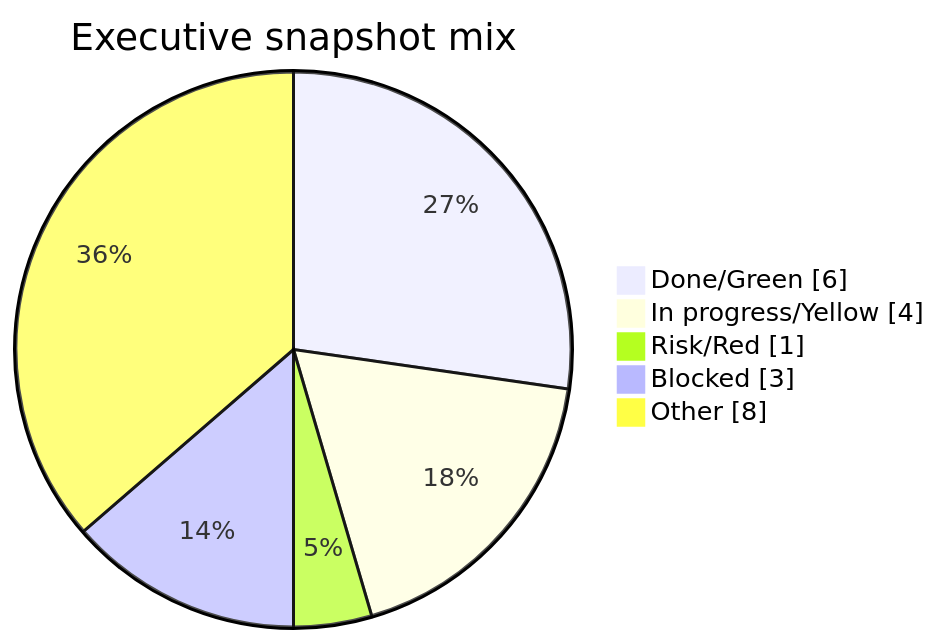
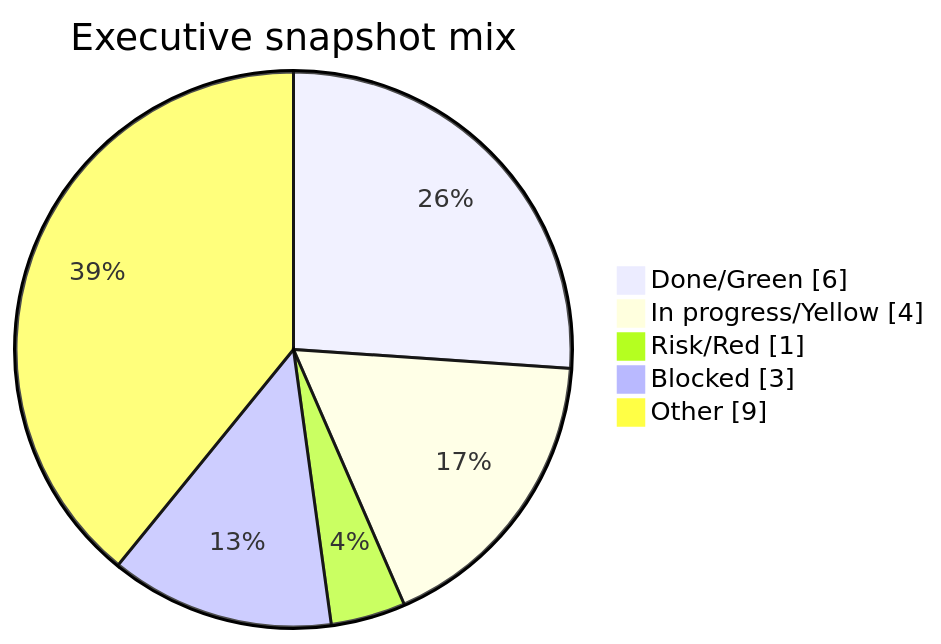
The fourth of 7 diagrams in docs/confluence/outbox/vego-ai-progress-dashboard.md (AliHamed17/vego-ai-research), drawn with Mermaid before and after one commit. The commit also changed other lines of this file and 14 other files, not shown here.

````diff
--- a/docs/confluence/outbox/vego-ai-progress-dashboard.md
+++ b/docs/confluence/outbox/vego-ai-progress-dashboard.md
@@ -186,9 +187,9 @@
 ```mermaid
 pie showData
     title Executive snapshot mix
     "Done/Green" : 6
     "In progress/Yellow" : 4
     "Risk/Red" : 1
     "Blocked" : 3
-    "Other" : 8
+    "Other" : 9
 ```
````
